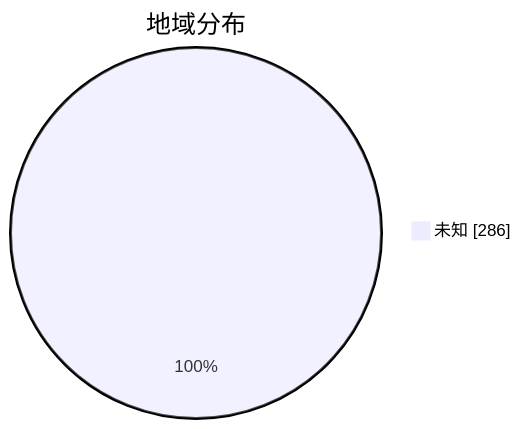
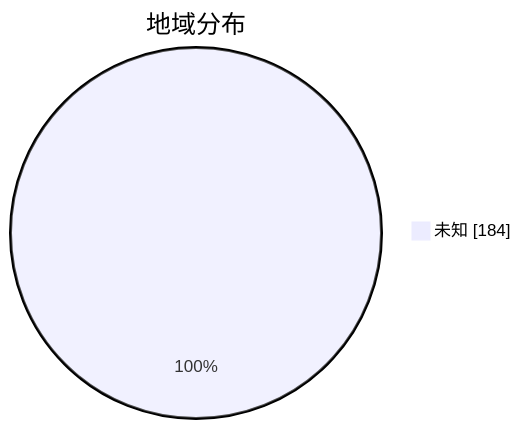
Before and after one commit to qjlxg/airport: the second of 3 diagrams in subs/statistics/tested_within.md, drawn with Mermaid. The commit also changed other lines of this file and 2 other files, not shown here.

````diff
--- a/subs/statistics/tested_within.md
+++ b/subs/statistics/tested_within.md
@@ -13,5 +12,5 @@
 ```mermaid
 pie showData
 title 地域分布
-"未知" : 286
+"未知" : 184
 ```
````
